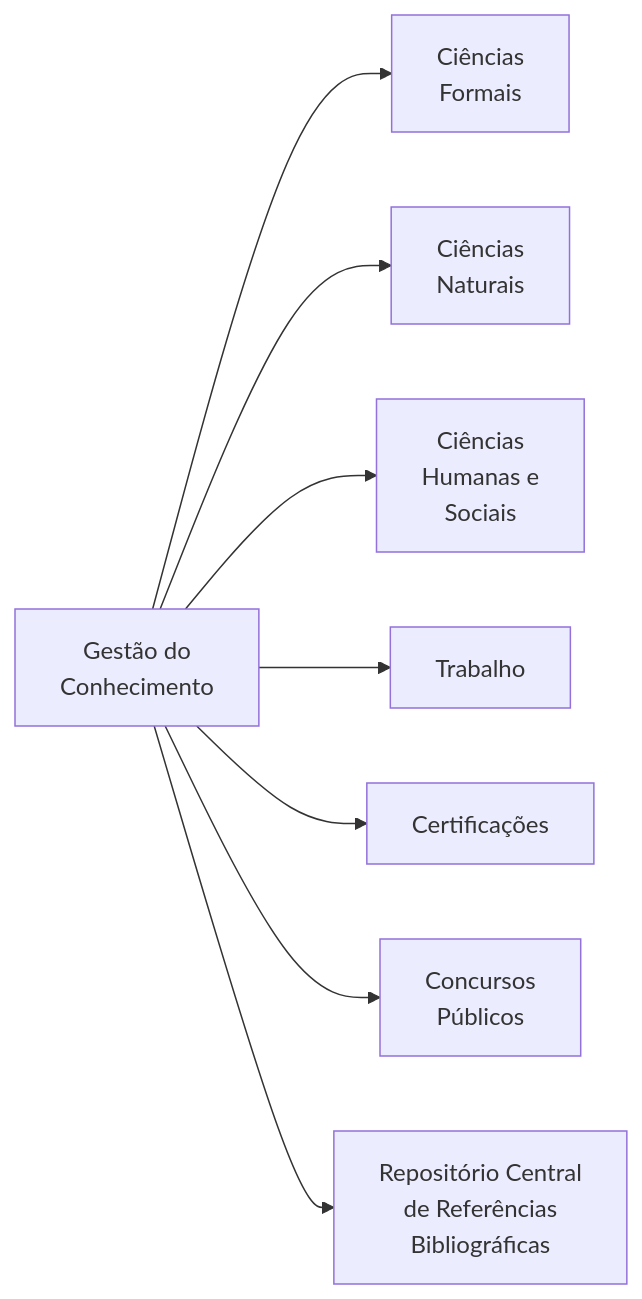
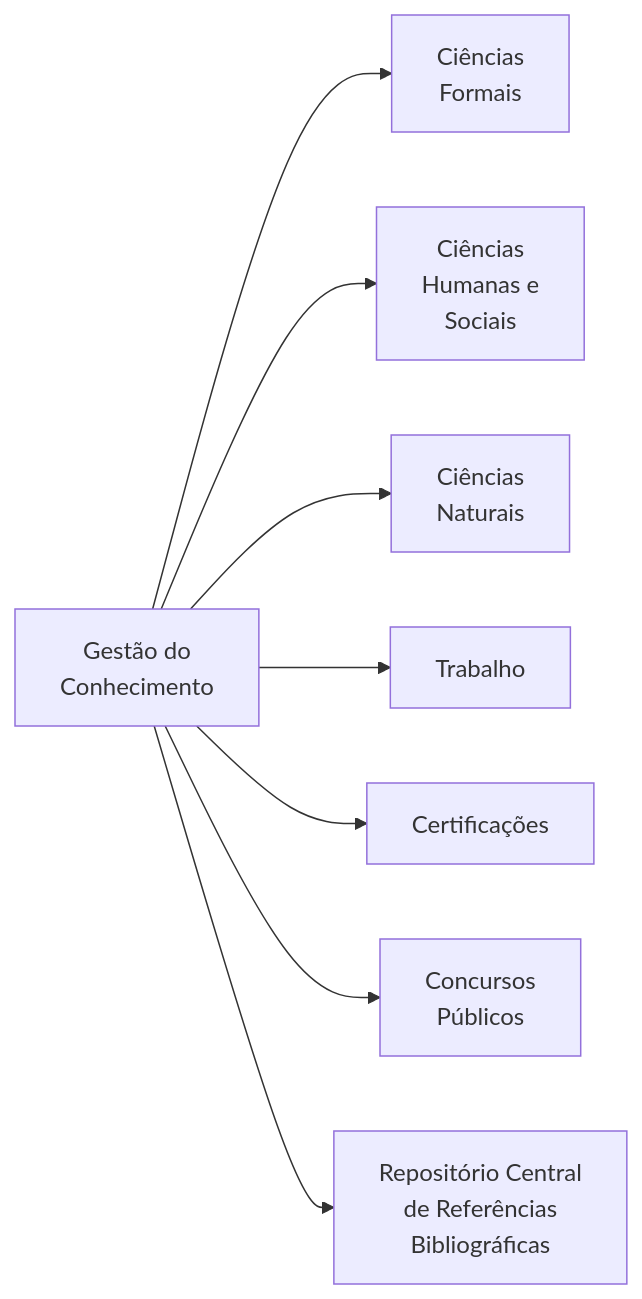
Before and after one commit to dnlclaudino/gestao-do-conhecimento: the third of 6 diagrams in README.md, drawn with Mermaid. The commit also changed other lines of this file, not shown here.

````diff
--- a/README.md
+++ b/README.md
@@ -102,10 +102,10 @@
 ```mermaid
 graph LR;
 A[Gestão do<br>Conhecimento ]-->CF[Ciências<br>Formais];
+  A-->CHS[Ciências<br>Humanas e<br>Sociais]
   A-->CN[Ciências<br>Naturais];
-  A-->CHS[Ciências<br>Humanas e<br>Sociais]
   A-->PRO[Trabalho];
   A-->CERT[Certificações];
   A-->CP[Concursos<br>Públicos];
   A-->RCRB[Repositório Central<br>de Referências<br>Bibliográficas]
 ```
````
